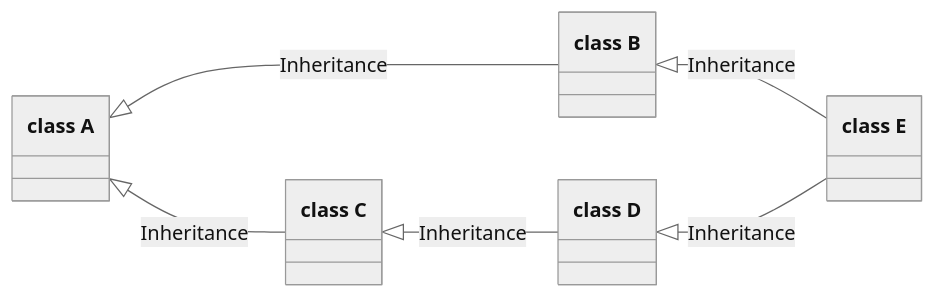
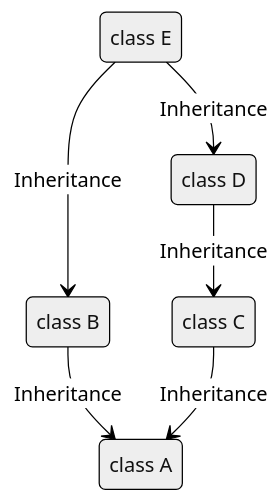
Before and after one commit to IdioticProgramApe/IdioticProgramApe.github.io: the diagram in _posts/2022-11-23-metaclasses.md, drawn with Mermaid (neutral theme).

````diff
--- a/_posts/2022-11-23-metaclasses.md
+++ b/_posts/2022-11-23-metaclasses.md
@@ -202,16 +202,14 @@
 ```mermaid
-classDiagram
-	direction LR
-
-	class A["class A"]
-	class B["class B"]
-	class C["class C"]
-	class D["class D"]
-	class E["class E"]
+stateDiagram-v2
+	classA: class A
+	classB: class B
+	classC: class C
+	classD: class D
+	classE: class E
 	
-    A <|-- B : Inheritance
-    A <|-- C : Inheritance
-    C <|-- D : Inheritance
-    B <|-- E : Inheritance
-    D <|-- E : Inheritance
+	classB --> classA : Inheritance
+	classC --> classA : Inheritance
+    classD --> classC : Inheritance
+    classE --> classB : Inheritance
+    classE --> classD : Inheritance
 ```
````
